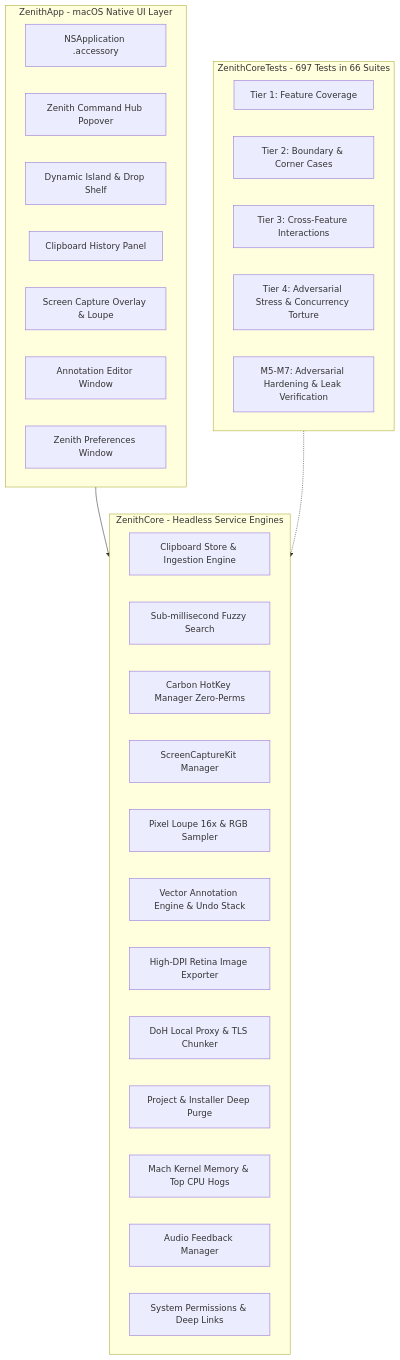
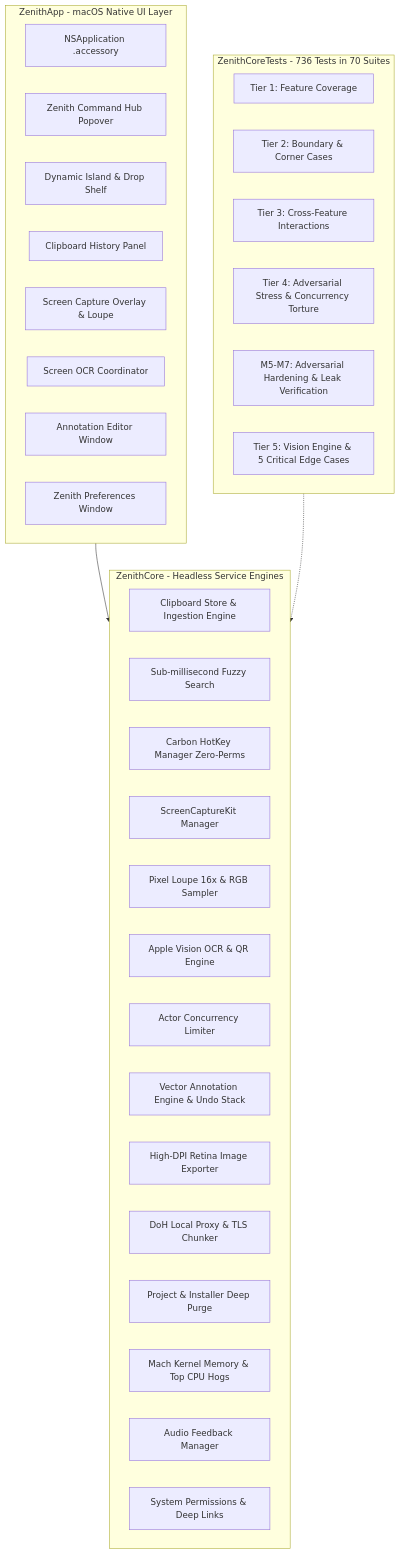
Before and after one commit to mynameisbat/zenith-macos: the diagram in README.md, drawn with Mermaid. The commit also changed other lines of this file and 15 other files, not shown here.

Commit message:
feat(vision): add Native Screen OCR & Barcode/QR Extractor with 5 edge cases (736 tests passing)

````diff
--- a/README.md
+++ b/README.md
@@ -188,38 +197,42 @@
 ```mermaid
 graph TD
     subgraph UI_Layer [ZenithApp - macOS Native UI Layer]
         NSApp[NSApplication .accessory]
         MenuHub[Zenith Command Hub Popover]
         NotchHUD[Dynamic Island & Drop Shelf]
         ClipPanel[Clipboard History Panel]
         CapOverlay[Screen Capture Overlay & Loupe]
+        OCRCoordinator[Screen OCR Coordinator]
         AnnotWin[Annotation Editor Window]
         PrefWin[Zenith Preferences Window]
     end
 
     subgraph Core_Layer [ZenithCore - Headless Service Engines]
         ClipStore[Clipboard Store & Ingestion Engine]
         FuzzySearch[Sub-millisecond Fuzzy Search]
         HotKeys[Carbon HotKey Manager Zero-Perms]
         SCKit[ScreenCaptureKit Manager]
         Loupe[Pixel Loupe 16x & RGB Sampler]
+        VisionEngine[Apple Vision OCR & QR Engine]
+        VisionLimiter[Actor Concurrency Limiter]
         AnnotEngine[Vector Annotation Engine & Undo Stack]
         ExportService[High-DPI Retina Image Exporter]
         DoHProxy[DoH Local Proxy & TLS Chunker]
         PurgeService[Project & Installer Deep Purge]
         Telemetry[Mach Kernel Memory & Top CPU Hogs]
         AudioMgr[Audio Feedback Manager]
         Perms[System Permissions & Deep Links]
     end
 
-    subgraph Test_Layer [ZenithCoreTests - 697 Tests in 66 Suites]
+    subgraph Test_Layer [ZenithCoreTests - 736 Tests in 70 Suites]
         T1[Tier 1: Feature Coverage]
         T2[Tier 2: Boundary & Corner Cases]
         T3[Tier 3: Cross-Feature Interactions]
         T4[Tier 4: Adversarial Stress & Concurrency Torture]
         T5[M5-M7: Adversarial Hardening & Leak Verification]
+        T6[Tier 5: Vision Engine & 5 Critical Edge Cases]
     end
 
     UI_Layer --> Core_Layer
     Test_Layer -.-> Core_Layer
 ```
````
